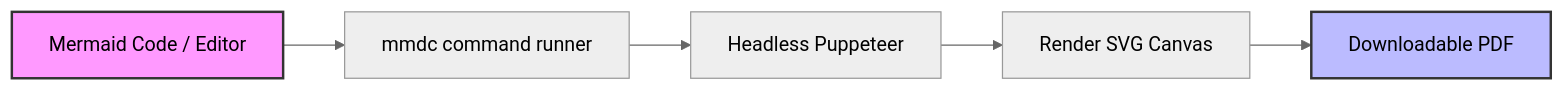
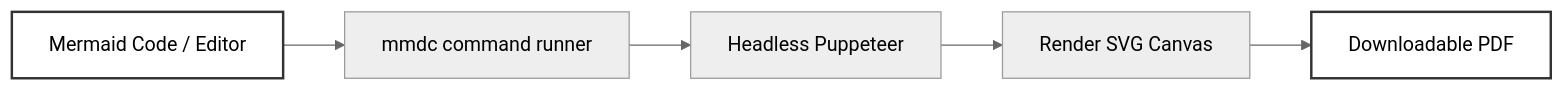
The third of 5 diagrams in README.md (AnkitDTUSE/PDFphile), drawn with Mermaid (neutral theme) before and after one commit. The commit also changed other lines of this file, not shown here.

````diff
--- a/README.md
+++ b/README.md
@@ -102,9 +102,9 @@
 ```mermaid
 graph LR
     Code[Mermaid Code / Editor] --> CLI[mmdc command runner]
     CLI --> Chrome[Headless Puppeteer]
     Chrome --> SVG[Render SVG Canvas]
     SVG --> PDF[Downloadable PDF]
-    style Code fill:#f9f,stroke:#333,stroke-width:2px
-    style PDF fill:#bbf,stroke:#333,stroke-width:2px
+    style Code fill:#fff,stroke:#333,stroke-width:2px,color:#000
+    style PDF fill:#fff,stroke:#333,stroke-width:2px,color:#000
 ```
````
